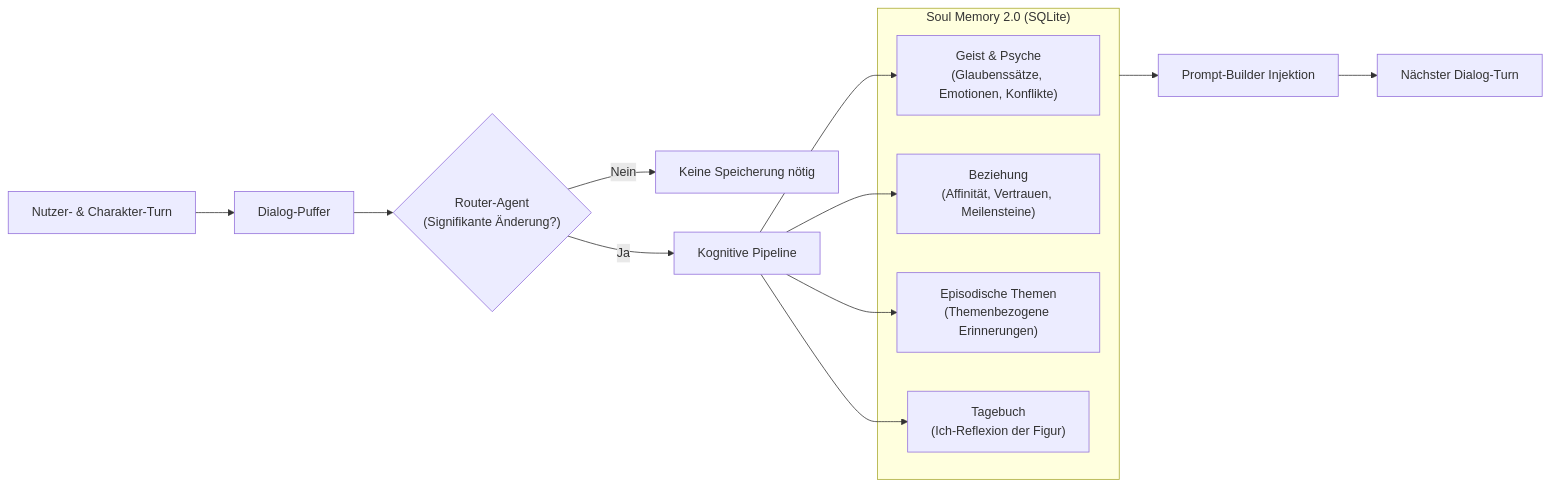
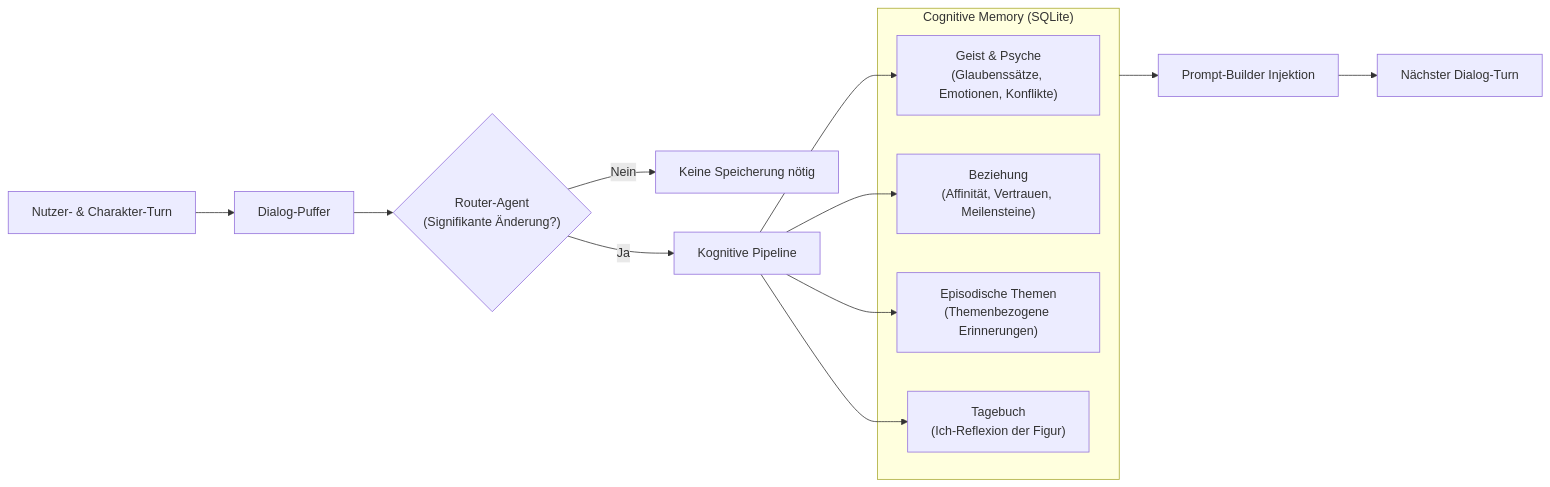
One commit to SnowwhiteOakheart/OtakuSoul changed the second of 2 diagrams in README.md. Above: the diagram before and after it, drawn with Mermaid. The commit also changed other lines of this file and 6 other files, not shown here.

````diff
--- a/README.md
+++ b/README.md
@@ -196,23 +196,23 @@
 ```mermaid
 flowchart LR
     Turn["Nutzer- & Charakter-Turn"] --> Buffer["Dialog-Puffer"]
     Buffer --> Router{"Router-Agent\n(Signifikante Änderung?)"}
 
     Router -->|Nein| Idle["Keine Speicherung nötig"]
     Router -->|Ja| Pipeline["Kognitive Pipeline"]
 
-    subgraph SQLiteMemory["Soul Memory 2.0 (SQLite)"]
+    subgraph SQLiteMemory["Cognitive Memory (SQLite)"]
         Psyche["Geist & Psyche\n(Glaubenssätze, Emotionen, Konflikte)"]
         Rel["Beziehung\n(Affinität, Vertrauen, Meilensteine)"]
         Episodes["Episodische Themen\n(Themenbezogene Erinnerungen)"]
         Diary["Tagebuch\n(Ich-Reflexion der Figur)"]
     end
 
     Pipeline --> Psyche
     Pipeline --> Rel
     Pipeline --> Episodes
     Pipeline --> Diary
 
     SQLiteMemory --> Prompt["Prompt-Builder Injektion"]
     Prompt --> NextTurn["Nächster Dialog-Turn"]
 ```
````
